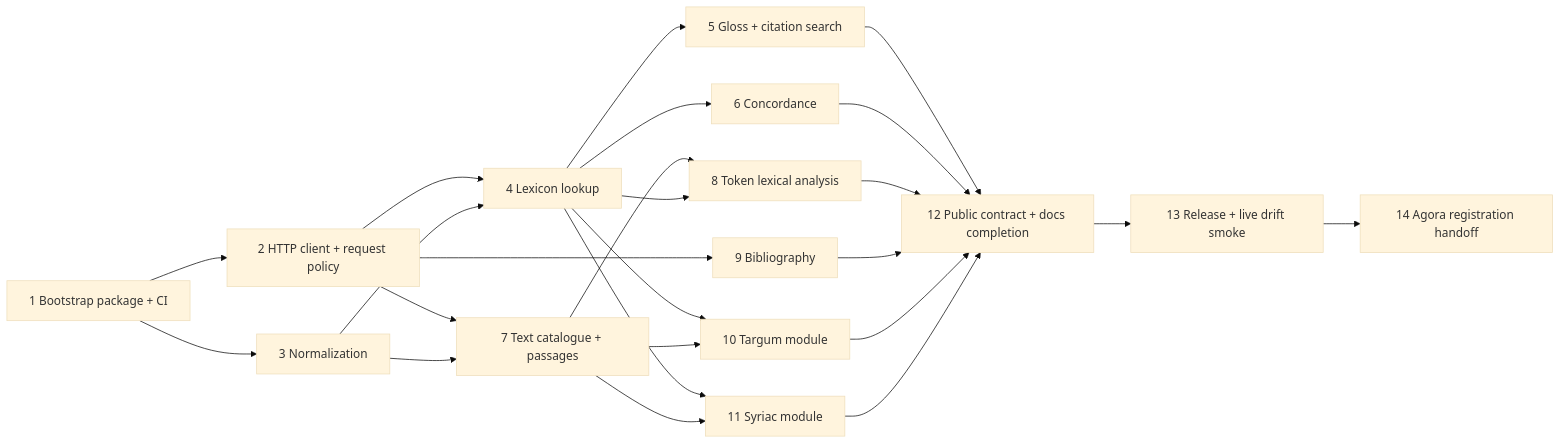
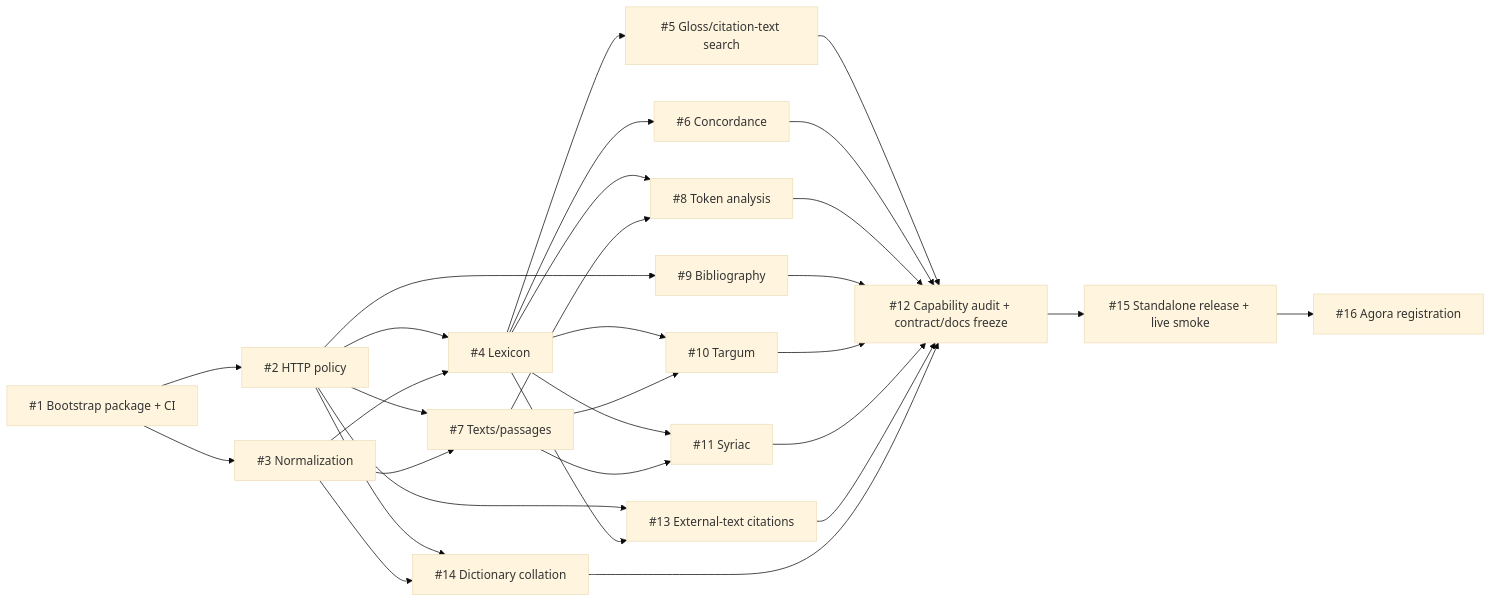
Before and after one commit to alexsosn/CAL-MCP: the second of 2 diagrams in plan.md, drawn with Mermaid (base theme). The commit also changed other lines of this file, not shown here.

Commit message:
docs: align plan with complete CAL capability backlog

````diff
--- a/plan.md
+++ b/plan.md
@@ -62,41 +65,50 @@
 ```mermaid
 flowchart LR
-    I1[1 Bootstrap package + CI]
-    I2[2 HTTP client + request policy]
-    I3[3 Normalization]
-    I4[4 Lexicon lookup]
-    I5[5 Gloss + citation search]
-    I6[6 Concordance]
-    I7[7 Text catalogue + passages]
-    I8[8 Token lexical analysis]
-    I9[9 Bibliography]
-    I10[10 Targum module]
-    I11[11 Syriac module]
-    I12[12 Public contract + docs completion]
-    I13[13 Release + live drift smoke]
-    I14[14 Agora registration handoff]
+    I1[#1 Bootstrap package + CI]
+    I2[#2 HTTP policy]
+    I3[#3 Normalization]
+    I4[#4 Lexicon]
+    I5[#5 Gloss/citation-text search]
+    I6[#6 Concordance]
+    I7[#7 Texts/passages]
+    I8[#8 Token analysis]
+    I9[#9 Bibliography]
+    I10[#10 Targum]
+    I11[#11 Syriac]
+    I13[#13 External-text citations]
+    I14[#14 Dictionary collation]
+    I12[#12 Capability audit + contract/docs freeze]
+    I15[#15 Standalone release + live smoke]
+    I16[#16 Agora registration]
 
     I1 --> I2
     I1 --> I3
     I2 --> I4
     I3 --> I4
     I4 --> I5
     I4 --> I6
     I2 --> I7
     I3 --> I7
+    I4 --> I8
     I7 --> I8
-    I4 --> I8
     I2 --> I9
     I4 --> I10
     I7 --> I10
     I4 --> I11
     I7 --> I11
+    I2 --> I13
+    I4 --> I13
+    I2 --> I14
+    I3 --> I14
+
     I5 --> I12
     I6 --> I12
     I8 --> I12
     I9 --> I12
     I10 --> I12
     I11 --> I12
-    I12 --> I13
-    I13 --> I14
+    I13 --> I12
+    I14 --> I12
+    I12 --> I15
+    I15 --> I16
 ```
````
